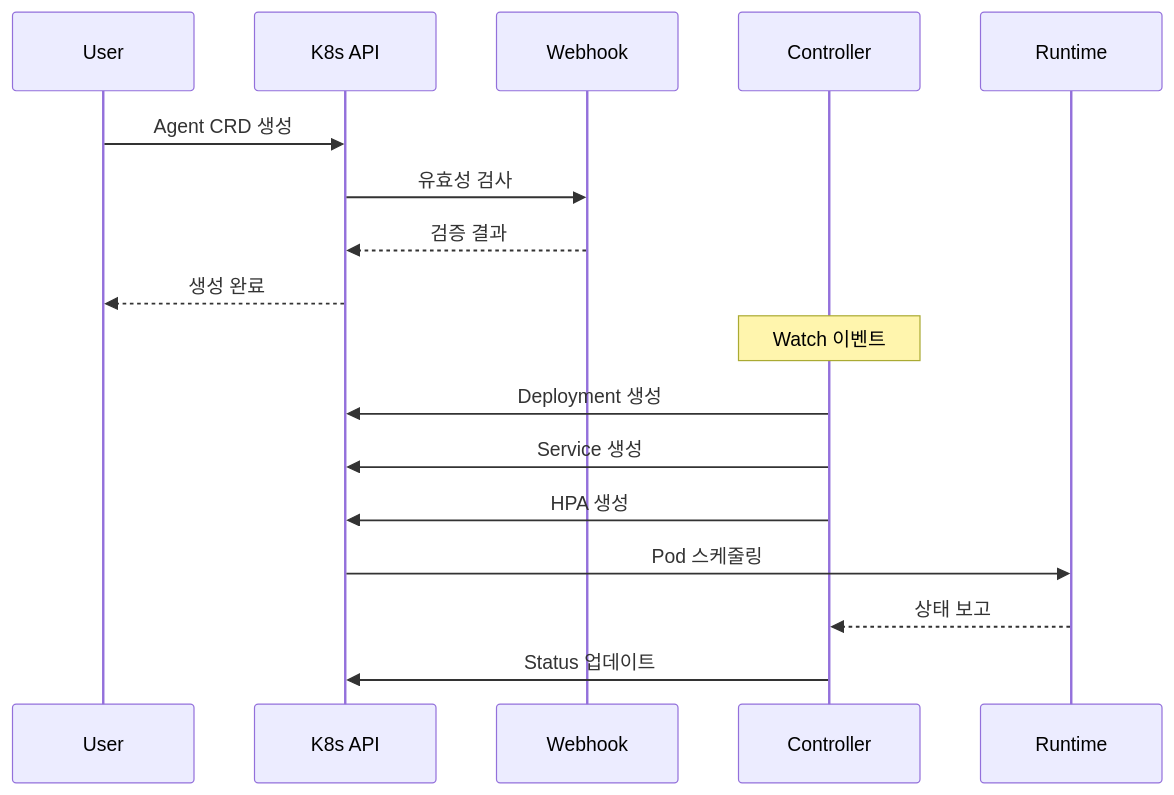
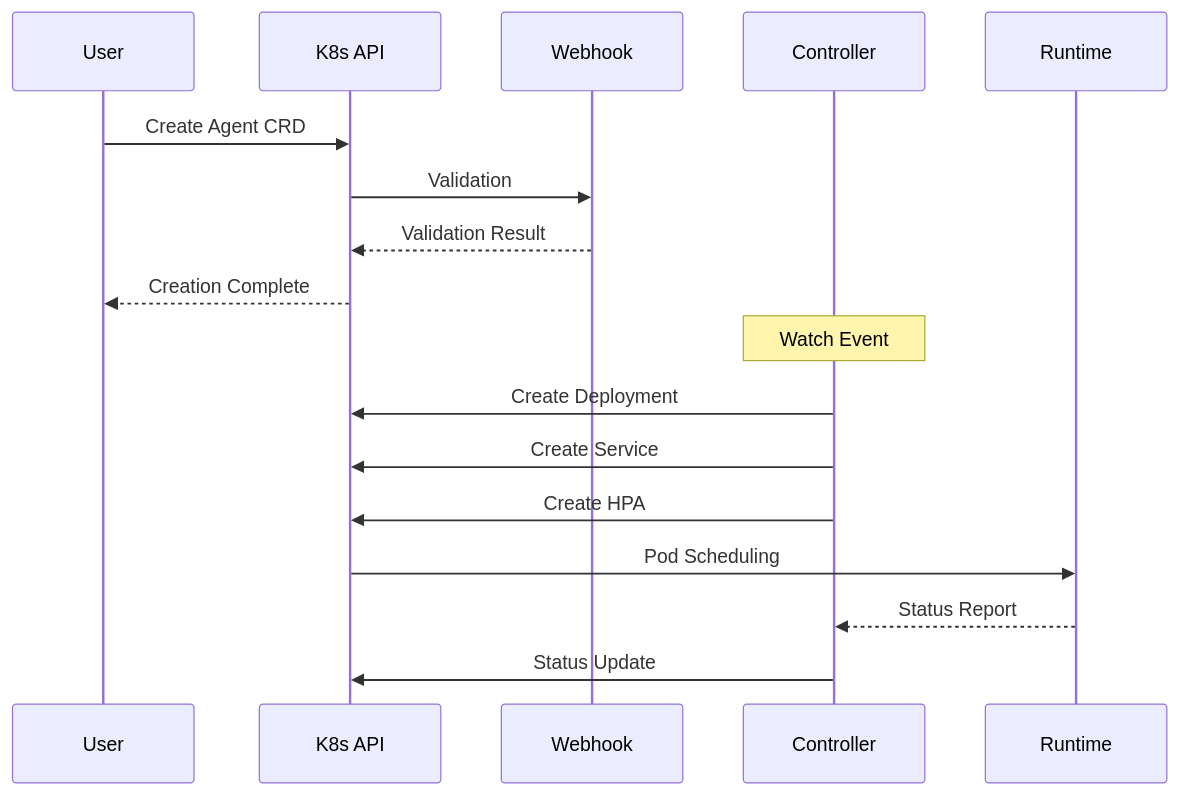
Before and after one commit to devfloor9/engineering-playbook: the second of 4 diagrams in docs/agentic-ai-platform/operations-mlops/observability/kagent-kubernetes-agents.md, drawn with Mermaid. The commit also changed other lines of this file and 954 other files, not shown here.

````diff
--- a/docs/agentic-ai-platform/operations-mlops/observability/kagent-kubernetes-agents.md
+++ b/docs/agentic-ai-platform/operations-mlops/observability/kagent-kubernetes-agents.md
@@ -125,23 +125,23 @@
 ```mermaid
 sequenceDiagram
     participant U as User
     participant A as K8s API
     participant W as Webhook
     participant C as Controller
     participant R as Runtime
 
-    U->>A: Agent CRD 생성
-    A->>W: 유효성 검사
-    W-->>A: 검증 결과
-    A-->>U: 생성 완료
+    U->>A: Create Agent CRD
+    A->>W: Validation
+    W-->>A: Validation Result
+    A-->>U: Creation Complete
 
-    Note over C: Watch 이벤트
+    Note over C: Watch Event
 
-    C->>A: Deployment 생성
-    C->>A: Service 생성
-    C->>A: HPA 생성
+    C->>A: Create Deployment
+    C->>A: Create Service
+    C->>A: Create HPA
 
-    A->>R: Pod 스케줄링
-    R-->>C: 상태 보고
-    C->>A: Status 업데이트
+    A->>R: Pod Scheduling
+    R-->>C: Status Report
+    C->>A: Status Update
 ```
````
